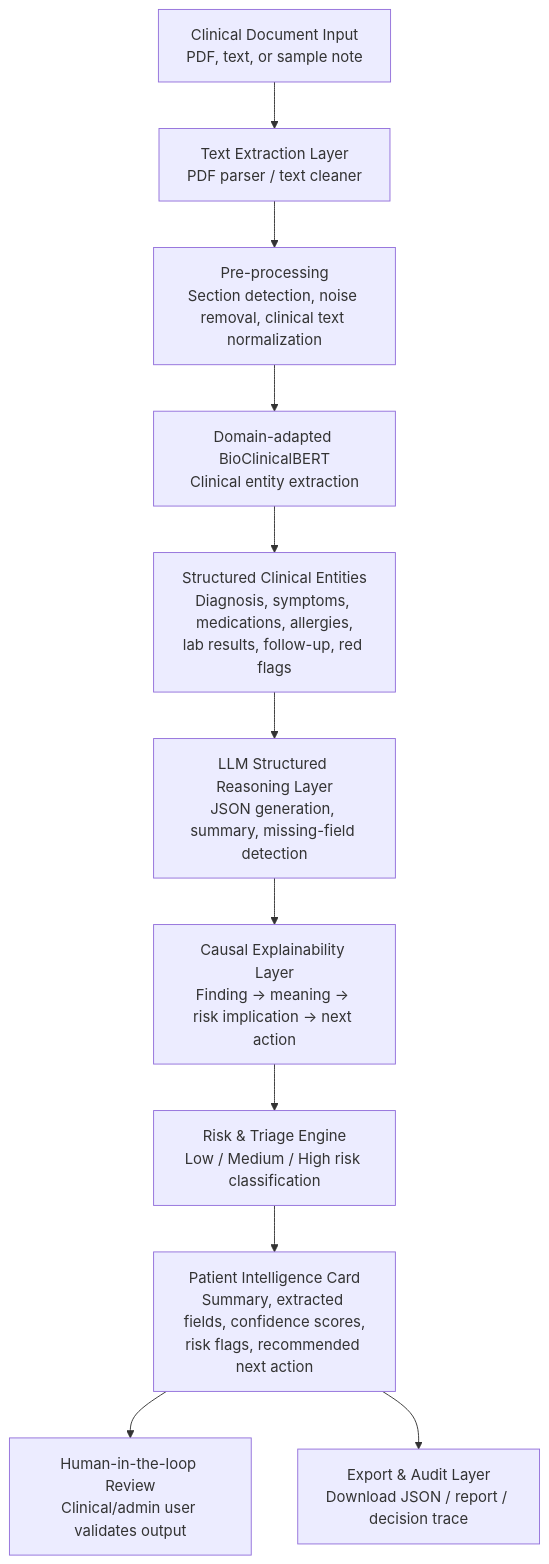
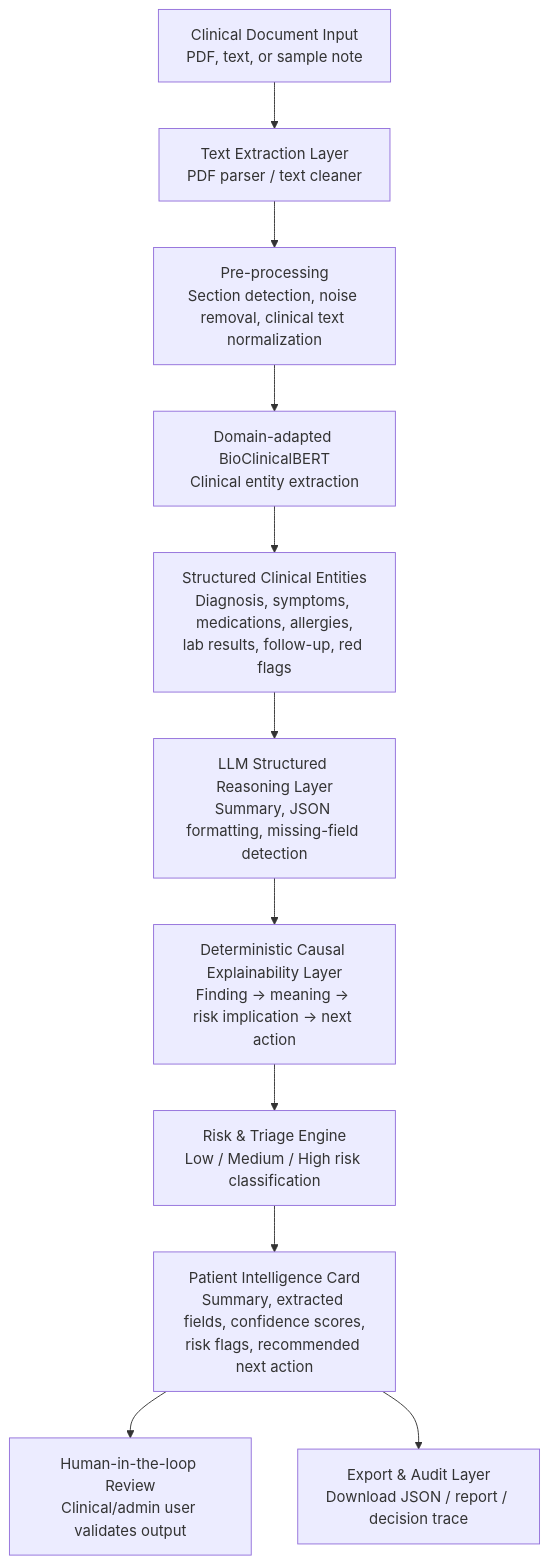
One commit to priyanshugurjar9/Firstsource-Clinical changed the diagram in Workflow.md. Above: the diagram before and after it, drawn with Mermaid.

Commit message:
Refine descriptions in Workflow.md for clarity

````diff
--- a/Workflow.md
+++ b/Workflow.md
@@ -1,22 +1,22 @@
 ```mermaid
 flowchart TD
     A["Clinical Document Input<br/>PDF, text, or sample note"] --> B["Text Extraction Layer<br/>PDF parser / text cleaner"]
 
     B --> C["Pre-processing<br/>Section detection, noise removal, clinical text normalization"]
 
     C --> D["Domain-adapted BioClinicalBERT<br/>Clinical entity extraction"]
 
     D --> E["Structured Clinical Entities<br/>Diagnosis, symptoms, medications, allergies,<br/>lab results, follow-up, red flags"]
 
-    E --> F["LLM Structured Reasoning Layer<br/>JSON generation, summary, missing-field detection"]
+    E --> F["LLM Structured Reasoning Layer<br/>Summary, JSON formatting, missing-field detection"]
 
-    F --> G["Causal Explainability Layer<br/>Finding -> meaning -> risk implication -> next action"]
+    F --> G["Deterministic Causal Explainability Layer<br/>Finding -> meaning -> risk implication -> next action"]
 
     G --> H["Risk & Triage Engine<br/>Low / Medium / High risk classification"]
 
     H --> I["Patient Intelligence Card<br/>Summary, extracted fields, confidence scores,<br/>risk flags, recommended next action"]
 
     I --> J["Human-in-the-loop Review<br/>Clinical/admin user validates output"]
 
     I --> K["Export & Audit Layer<br/>Download JSON / report / decision trace"]
 ```
````
